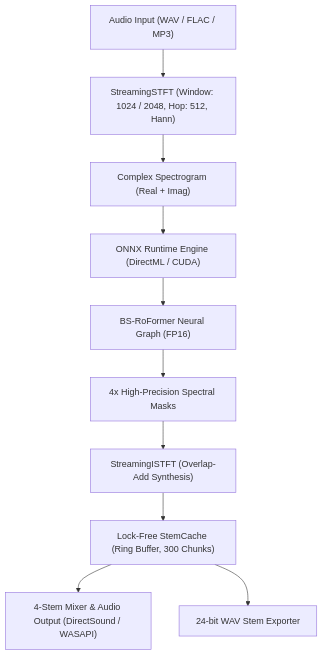
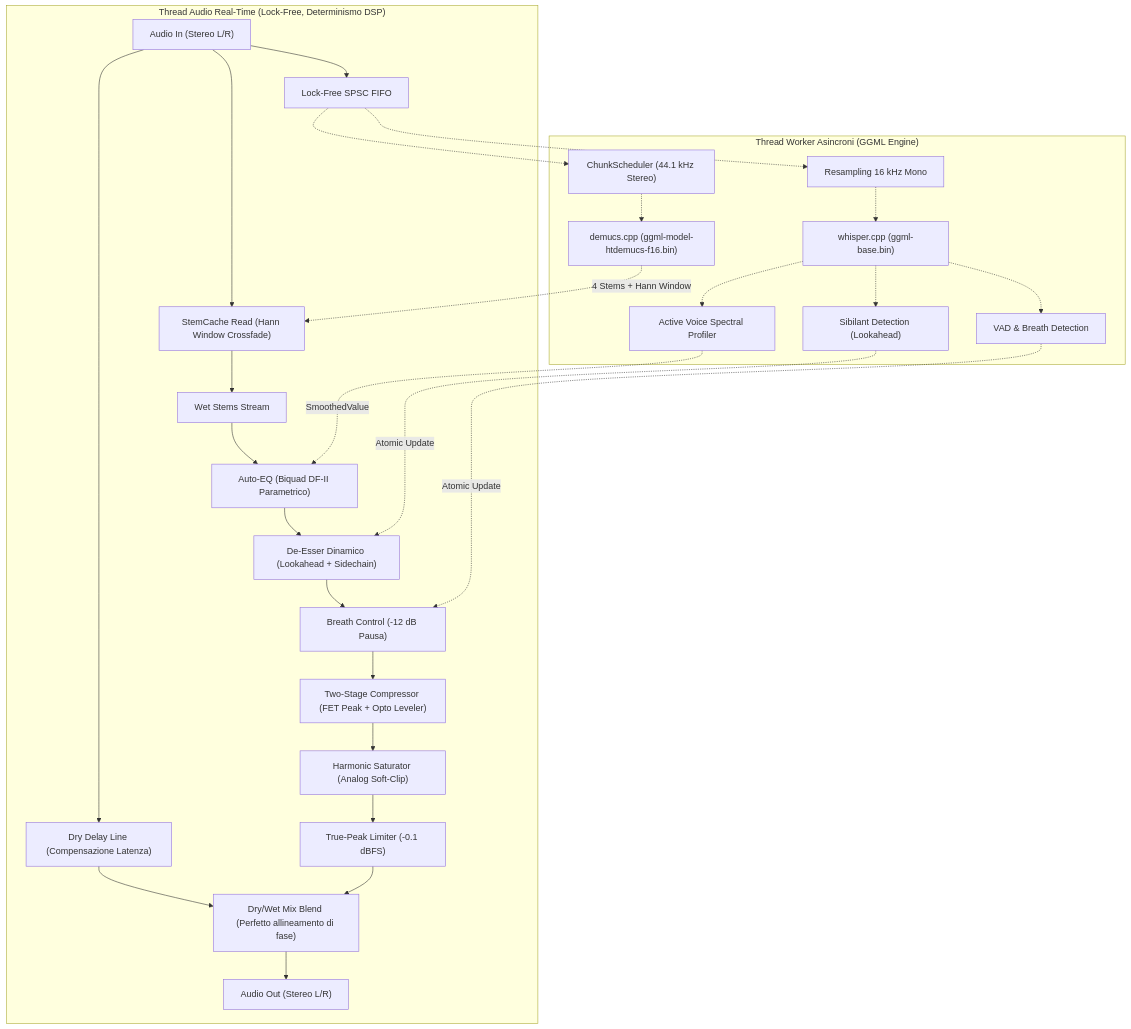
One commit to robymasia-Siky/PhotonX-Studio changed the diagram in README.md. Above: the diagram before and after it, drawn with Mermaid. The commit also changed other lines of this file, not shown here.

Commit message:
docs: update README with native GGML architecture, Whisper/Demucs specs, and build instructions

````diff
--- a/README.md
+++ b/README.md
@@ -45,12 +48,33 @@
 ```mermaid
 flowchart TD
-    In["Audio Input (WAV / FLAC / MP3)"] --> STFT["StreamingSTFT (Window: 1024 / 2048, Hop: 512, Hann)"]
-    STFT --> Spec["Complex Spectrogram (Real + Imag)"]
-    Spec --> Engine["ONNX Runtime Engine (DirectML / CUDA)"]
-    Engine --> Model["BS-RoFormer Neural Graph (FP16)"]
-    Model --> Masks["4x High-Precision Spectral Masks"]
-    Masks --> ISTFT["StreamingISTFT (Overlap-Add Synthesis)"]
-    ISTFT --> Cache["Lock-Free StemCache (Ring Buffer, 300 Chunks)"]
-    Cache --> Mixer["4-Stem Mixer & Audio Output (DirectSound / WASAPI)"]
-    Cache --> Export["24-bit WAV Stem Exporter"]
+    subgraph AudioThread ["Thread Audio Real-Time (Lock-Free, Determinismo DSP)"]
+        In["Audio In (Stereo L/R)"] --> Delay["Dry Delay Line (Compensazione Latenza)"]
+        In --> SPSC["Lock-Free SPSC FIFO"]
+        In --> CacheRead["StemCache Read (Hann Window Crossfade)"]
+        CacheRead --> Wet["Wet Stems Stream"]
+        Wet --> AutoEQ["Auto-EQ (Biquad DF-II Parametrico)"]
+        AutoEQ --> DeEsser["De-Esser Dinamico (Lookahead + Sidechain)"]
+        DeEsser --> Breath["Breath Control (-12 dB Pausa)"]
+        Breath --> Comp["Two-Stage Compressor (FET Peak + Opto Leveler)"]
+        Comp --> Sat["Harmonic Saturator (Analog Soft-Clip)"]
+        Sat --> Lim["True-Peak Limiter (-0.1 dBFS)"]
+        Delay --> MixBlend["Dry/Wet Mix Blend (Perfetto allineamento di fase)"]
+        Lim --> MixBlend
+        MixBlend --> Out["Audio Out (Stereo L/R)"]
+    end
+
+    subgraph AsyncGGML ["Thread Worker Asincroni (GGML Engine)"]
+        SPSC -.-> Resample["Resampling 16 kHz Mono"]
+        Resample -.-> Whisper["whisper.cpp (ggml-base.bin)"]
+        Whisper -.-> VAD["VAD & Breath Detection"]
+        Whisper -.-> Sib["Sibilant Detection (Lookahead)"]
+        Whisper -.-> Spec["Active Voice Spectral Profiler"]
+        VAD -.->|Atomic Update| Breath
+        Sib -.->|Atomic Update| DeEsser
+        Spec -.->|SmoothedValue| AutoEQ
+
+        SPSC -.-> DemucsSched["ChunkScheduler (44.1 kHz Stereo)"]
+        DemucsSched -.-> Demucs["demucs.cpp (ggml-model-htdemucs-f16.bin)"]
+        Demucs -.->|4 Stems + Hann Window| CacheRead
+    end
 ```
````
